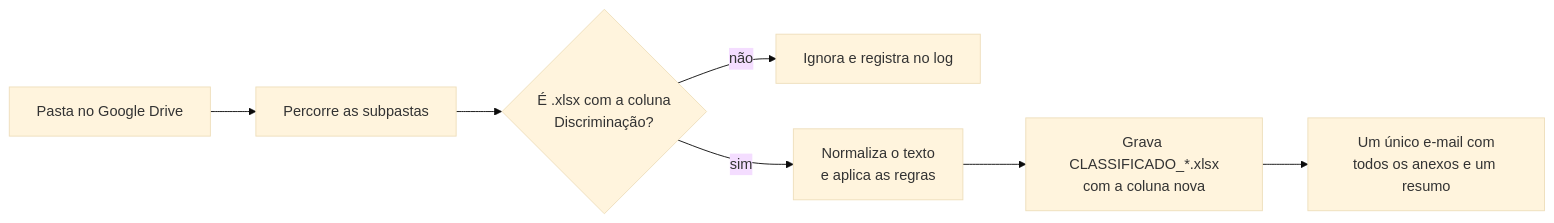
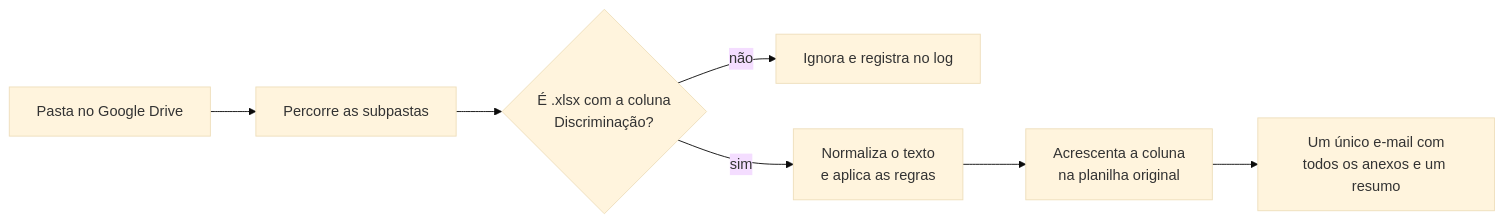
One commit to Victor-alrib/classificador-planilhas changed the diagram in README.md. Above: the diagram before and after it, drawn with Mermaid (base theme). The commit also changed other lines of this file and 26 other files, not shown here.

````diff
--- a/README.md
+++ b/README.md
@@ -29,9 +31,9 @@
 ```mermaid
 flowchart LR
     A[Pasta no Google Drive] --> B[Percorre as subpastas]
     B --> C{É .xlsx com a coluna<br/>Discriminação?}
     C -- não --> D[Ignora e registra no log]
     C -- sim --> E[Normaliza o texto<br/>e aplica as regras]
-    E --> F[Grava CLASSIFICADO_*.xlsx<br/>com a coluna nova]
+    E --> F[Acrescenta a coluna<br/>na planilha original]
     F --> G[Um único e-mail com<br/>todos os anexos e um resumo]
 ```
````
